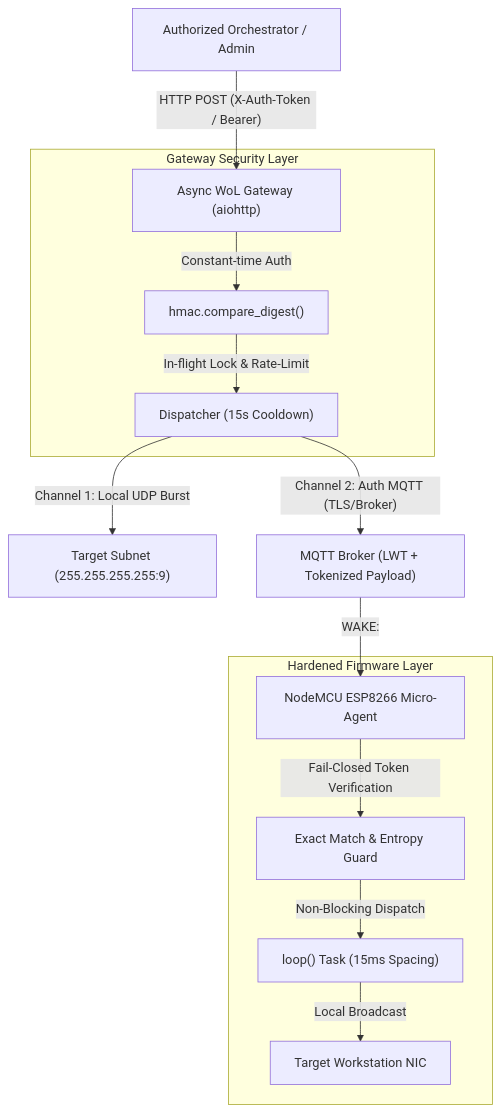
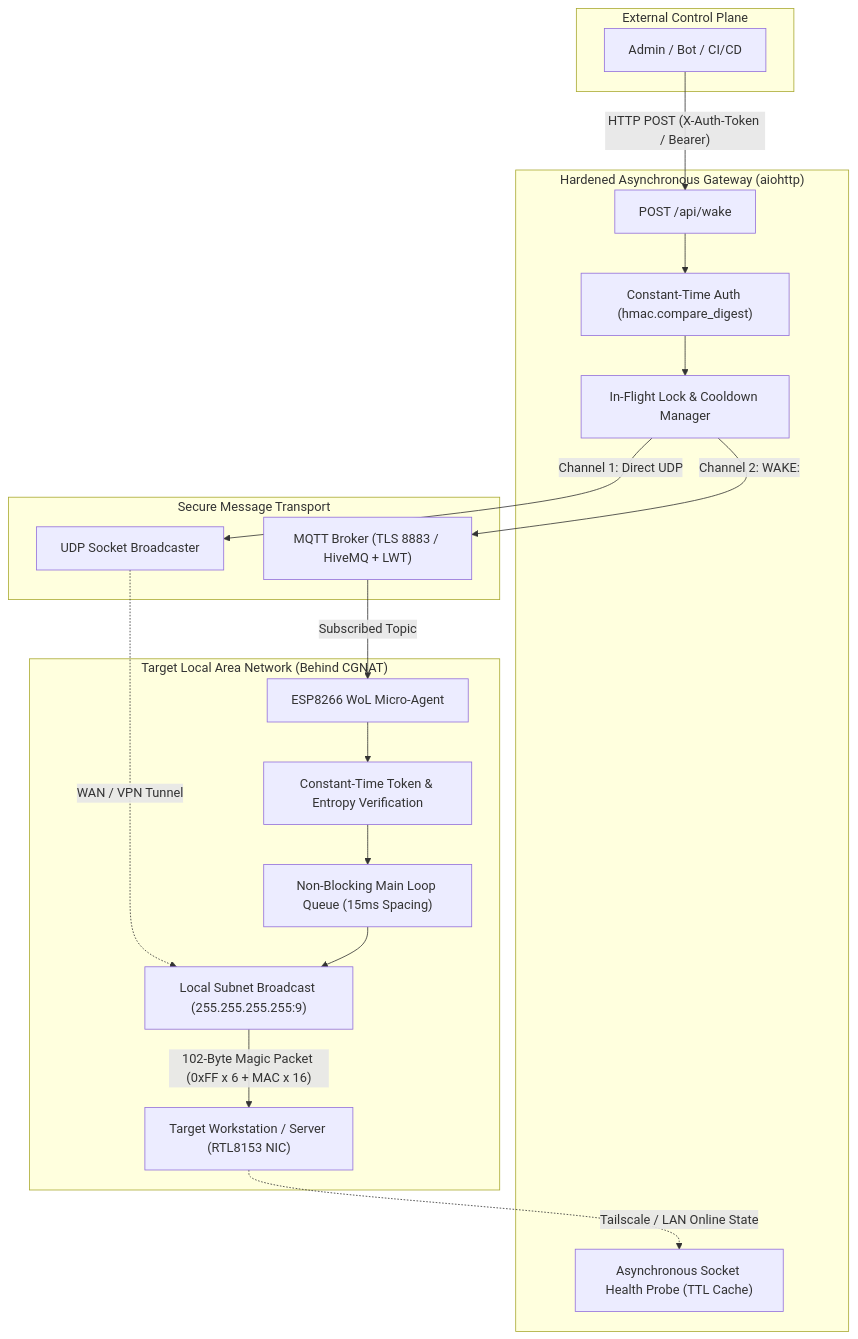
The diagram in README.md (g210101021/esp8266-secure-wol-bridge), drawn with Mermaid before and after one commit. The commit also changed other lines of this file and 1 other file, not shown here.

Commit message:
docs: establish standardized project documentation with architecture, threat model, and benchmarks

````diff
--- a/README.md
+++ b/README.md
@@ -13,20 +55,41 @@
 ```mermaid
 flowchart TD
-    Client["Authorized Orchestrator / Admin"] -->|"HTTP POST (X-Auth-Token / Bearer)"| Gateway["Async WoL Gateway (aiohttp)"]
-    
-    subgraph Gateway_Internals["Gateway Security Layer"]
-        Gateway -->|"Constant-time Auth"| Auth["hmac.compare_digest()"]
-        Auth -->|"In-flight Lock & Rate-Limit"| Dedupe["Dispatcher (15s Cooldown)"]
+    subgraph Control_Plane["External Control Plane"]
+        Client["Admin / Bot / CI/CD"]
     end
-    
-    Dedupe -->|"Channel 1: Local UDP Burst"| DirectLAN["Target Subnet (255.255.255.255:9)"]
-    Dedupe -->|"Channel 2: Auth MQTT (TLS/Broker)"| MQTT["MQTT Broker (LWT + Tokenized Payload)"]
-    
-    MQTT -->|"WAKE:<AUTH_TOKEN>"| ESP["NodeMCU ESP8266 Micro-Agent"]
-    
-    subgraph Micro_Agent["Hardened Firmware Layer"]
-        ESP -->|"Fail-Closed Token Verification"| Verify["Exact Match & Entropy Guard"]
-        Verify -->|"Non-Blocking Dispatch"| MainLoop["loop() Task (15ms Spacing)"]
-        MainLoop -->|"Local Broadcast"| TargetPC["Target Workstation NIC"]
+
+    subgraph Gateway_Service["Hardened Asynchronous Gateway (aiohttp)"]
+        API["POST /api/wake"]
+        AuthMiddleware["Constant-Time Auth (hmac.compare_digest)"]
+        Dedupe["In-Flight Lock & Cooldown Manager"]
+        Probe["Asynchronous Socket Health Probe (TTL Cache)"]
     end
+
+    subgraph Message_Transport["Secure Message Transport"]
+        DirectSocket["UDP Socket Broadcaster"]
+        MQTTBroker["MQTT Broker (TLS 8883 / HiveMQ + LWT)"]
+    end
+
+    subgraph Local_Edge["Target Local Area Network (Behind CGNAT)"]
+        ESP["ESP8266 WoL Micro-Agent"]
+        Verify["Constant-Time Token & Entropy Verification"]
+        LoopQueue["Non-Blocking Main Loop Queue (15ms Spacing)"]
+        Subnet["Local Subnet Broadcast (255.255.255.255:9)"]
+        TargetPC["Target Workstation / Server (RTL8153 NIC)"]
+    end
+
+    Client -->|"HTTP POST (X-Auth-Token / Bearer)"| API
+    API --> AuthMiddleware
+    AuthMiddleware --> Dedupe
+    Dedupe -->|"Channel 1: Direct UDP"| DirectSocket
+    Dedupe -->|"Channel 2: WAKE:<TOKEN>"| MQTTBroker
+
+    DirectSocket -.->|"WAN / VPN Tunnel"| Subnet
+    MQTTBroker -->|"Subscribed Topic"| ESP
+
+    ESP --> Verify
+    Verify --> LoopQueue
+    LoopQueue --> Subnet
+    Subnet -->|"102-Byte Magic Packet (0xFF x 6 + MAC x 16)"| TargetPC
+    TargetPC -.->|"Tailscale / LAN Online State"| Probe
 ```
````
